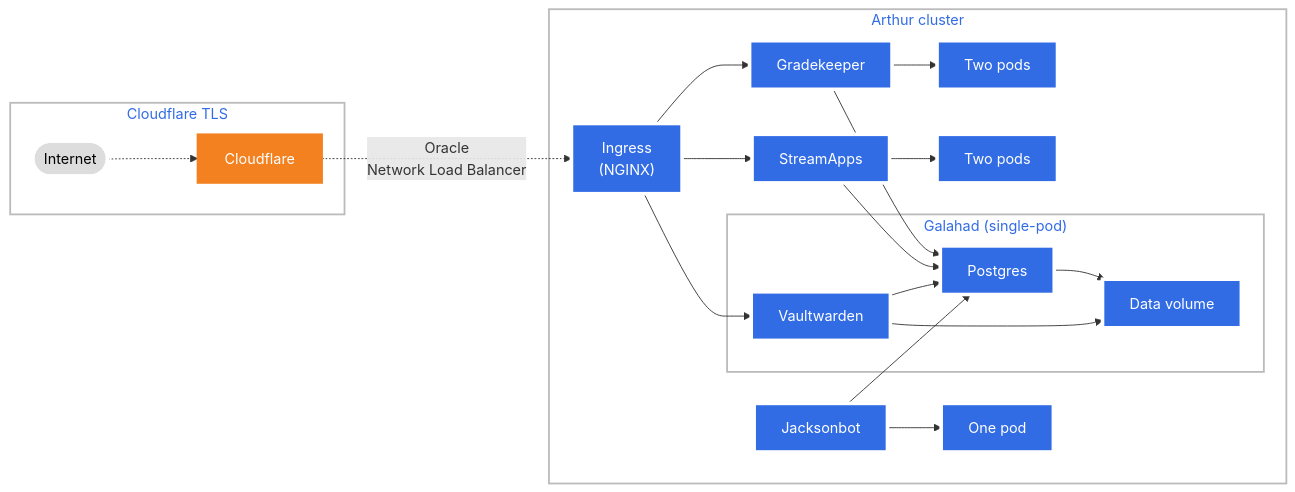
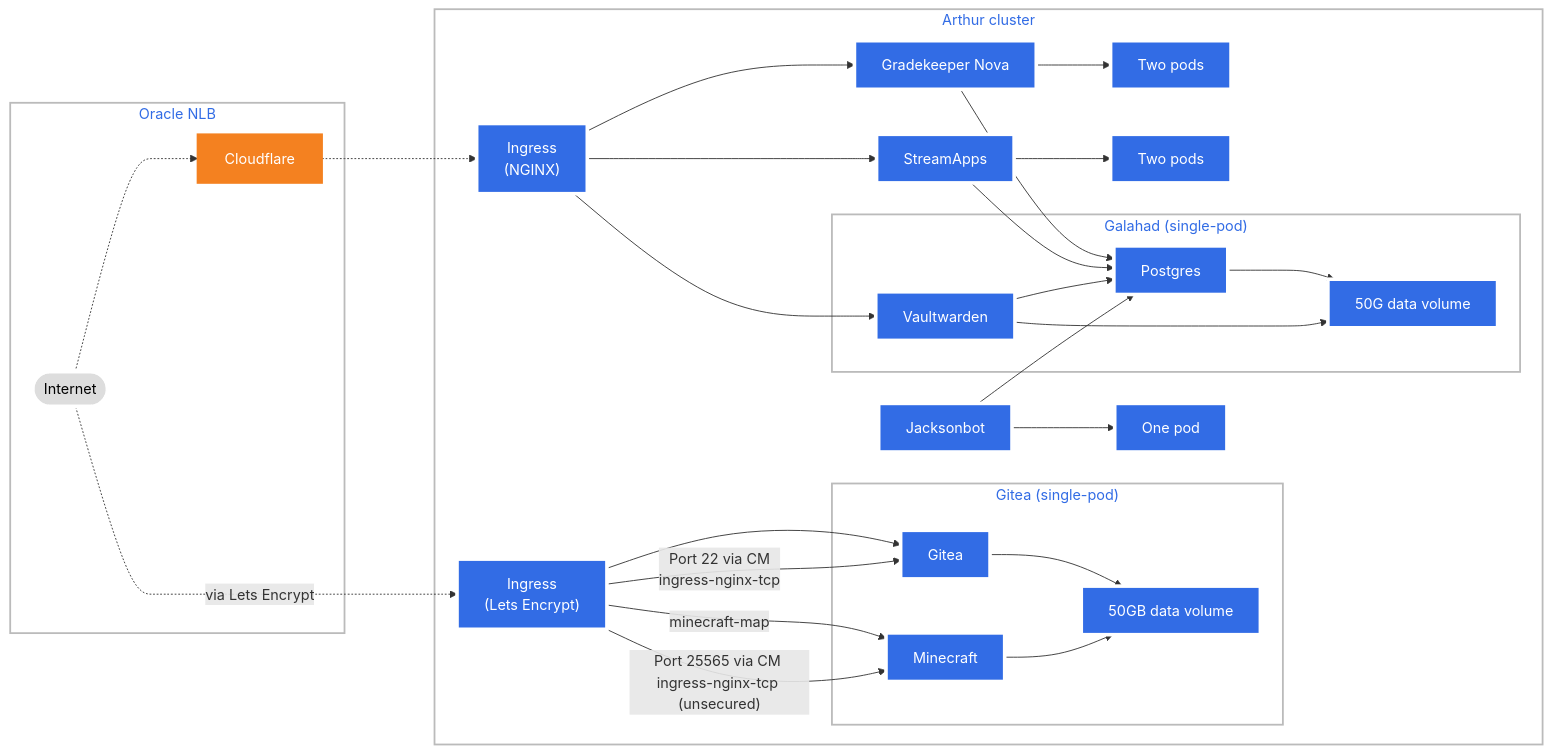
One commit to jacksonrakena/infrastructure changed the diagram in README.md. Above: the diagram before and after it, drawn with Mermaid.

````diff
--- a/README.md
+++ b/README.md
@@ -2,36 +2,49 @@
 ```mermaid
 graph LR;
- subgraph cf_tls[Cloudflare TLS];
- client([Internet])-..->cf[Cloudflare];
+ client([Internet]);
+ subgraph cf_tls[Oracle NLB];
+ client-..->cf[Cloudflare];
  end;
- cf-. Oracle <br> Network Load Balancer .->ingress["Ingress<br>(NGINX)"];
+ client-.via Lets Encrypt.->ingress_http["Ingress\n(Lets Encrypt)"];
+ cf-..->ingress["Ingress<br>(NGINX)"];
  subgraph cluster[Arthur cluster]
+ ingress_http;
  ingress;
- ingress-->gk[Gradekeeper];
+ ingress-->gk[Gradekeeper Nova];
  ingress-->sa[StreamApps];
  ingress-->vw[Vaultwarden];
+ ingress_http-->gitea[Gitea];
+ ingress_http-->|Port 22 via CM \ningress-nginx-tcp|gitea;
+ ingress_http-->|"minecraft-map"|mc;
+ ingress_http-->|"Port 25565 via CM \ningress-nginx-tcp (unsecured)"|mc[Minecraft];
  jb[Jacksonbot];
  jb-->jb_onepod[One pod];
  jb-->pg;
  subgraph galahad["Galahad (single-pod)"]
  vw;
  pg[Postgres];
  vw-->pg;
- agd[Data volume];
+ agd[50G data volume];
  vw-->agd;
  pg-->agd;
+ end
+ subgraph gitea_sg["Gitea (single-pod)"]
+ gitea;
+ mc;
+ gitea-->gdv[50GB data volume];
+ mc-->gdv;
  end
  gk-->pg;
  sa-->pg;
  gk-->gk_twopods[Two pods];
  sa-->sa_twopods[Two pods];
  end
  classDef plain fill:#ddd,stroke:#fff,stroke-width:4px,color:#000;
  classDef k8s fill:#326ce5,stroke:#fff,stroke-width:4px,color:#fff;
  classDef cluster fill:#fff,stroke:#bbb,stroke-width:2px,color:#326ce5;
  classDef cloudflare fill:#F48120,stroke:#F48120,stroke-width:2px,color:white;
- class agd,jb,jb_onepod,ingress,service,pod1,pod2,gk,sa,vw,pg,gk_twopods,sa_twopods k8s;
+ class agd,jb,mc,ingress_http,gdv,gitea,jb_onepod,ingress,service,pod1,pod2,gk,sa,vw,pg,gk_twopods,sa_twopods k8s;
  class client plain;
  class cf cloudflare;
  class cluster cluster;
 ```
````
